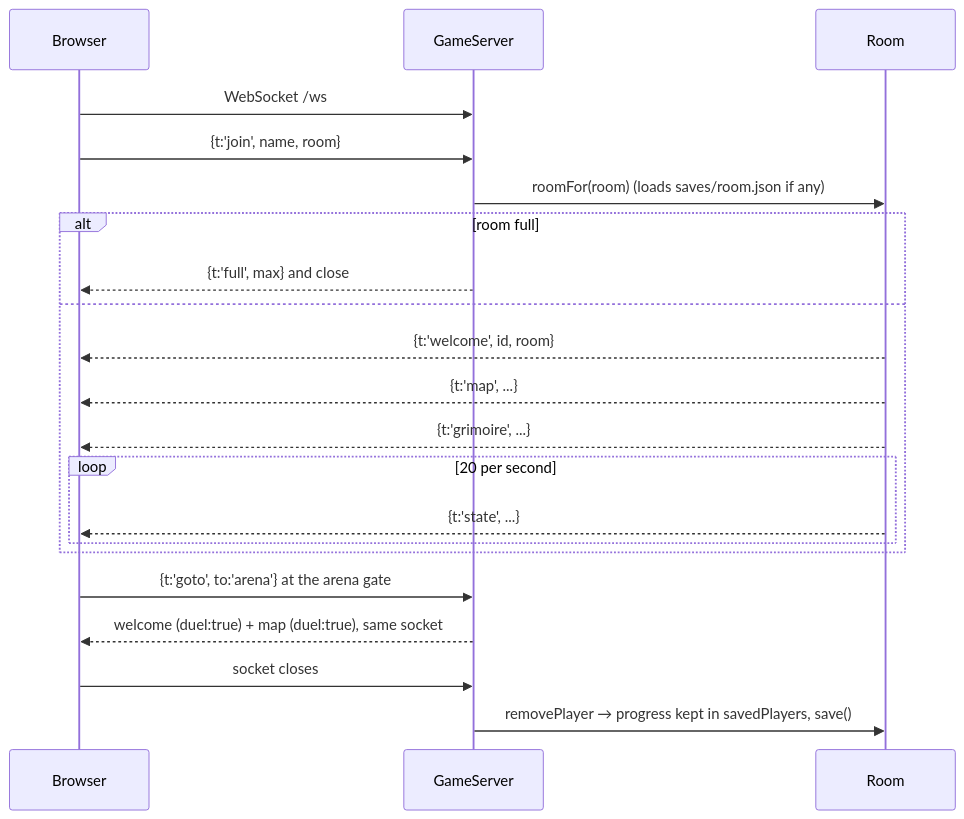
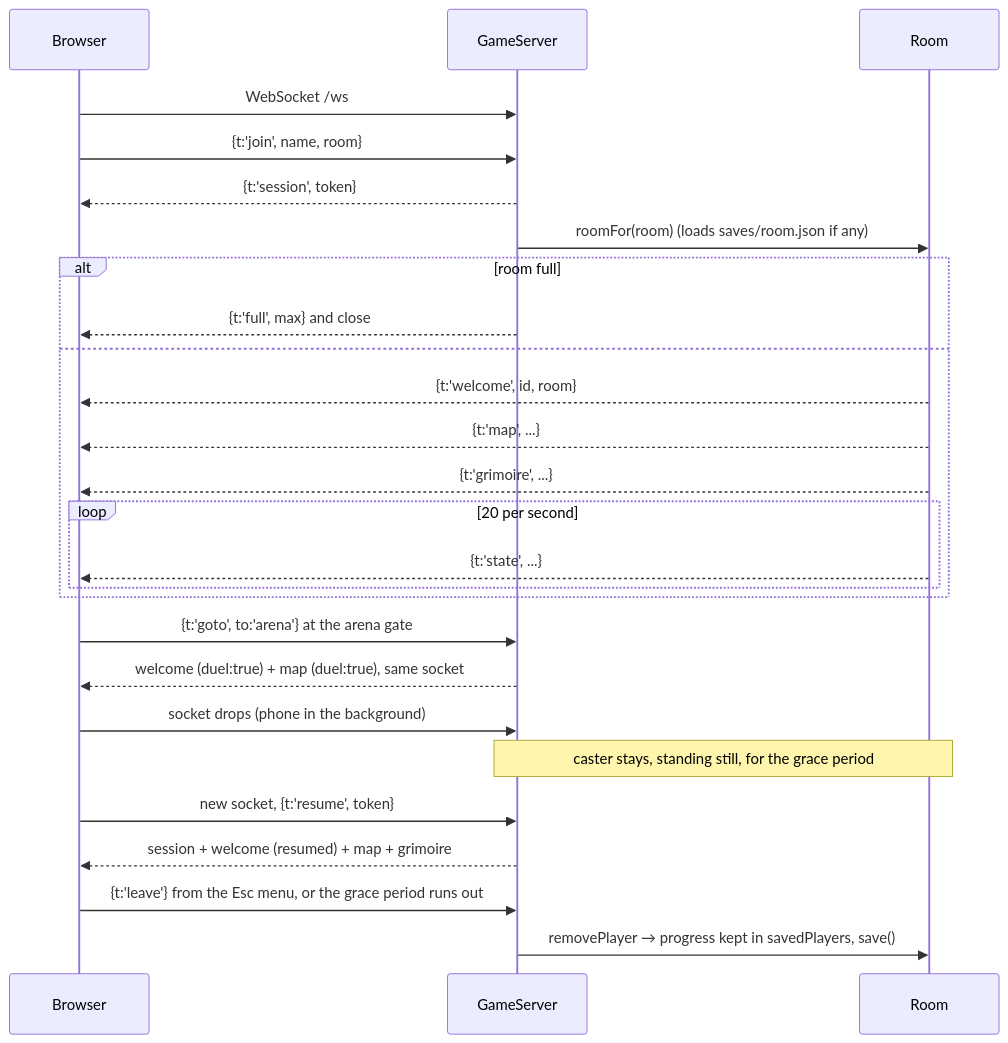
One commit to Kosovircek/Spell-Casters changed the ninth of 9 diagrams in docs/architecture.md. Above: the diagram before and after it, drawn with Mermaid. The commit also changed 12 other files, not shown here.

First line of the commit message:
Reconnect automatically when a phone drops the connection (#23)

````diff
--- a/docs/architecture.md
+++ b/docs/architecture.md
@@ -267,23 +267,28 @@
 ```mermaid
 sequenceDiagram
   participant B as Browser
   participant GS as GameServer
   participant R as Room
   B->>GS: WebSocket /ws
   B->>GS: {t:'join', name, room}
+  GS-->>B: {t:'session', token}
   GS->>R: roomFor(room) (loads saves/room.json if any)
   alt room full
     GS-->>B: {t:'full', max} and close
   else
     R-->>B: {t:'welcome', id, room}
     R-->>B: {t:'map', ...}
     R-->>B: {t:'grimoire', ...}
     loop 20 per second
       R-->>B: {t:'state', ...}
     end
   end
   B->>GS: {t:'goto', to:'arena'} at the arena gate
   GS-->>B: welcome (duel:true) + map (duel:true), same socket
-  B->>GS: socket closes
+  B->>GS: socket drops (phone in the background)
+  Note over GS,R: caster stays, standing still, for the grace period
+  B->>GS: new socket, {t:'resume', token}
+  GS-->>B: session + welcome (resumed) + map + grimoire
+  B->>GS: {t:'leave'} from the Esc menu, or the grace period runs out
   GS->>R: removePlayer → progress kept in savedPlayers, save()
 ```
````
